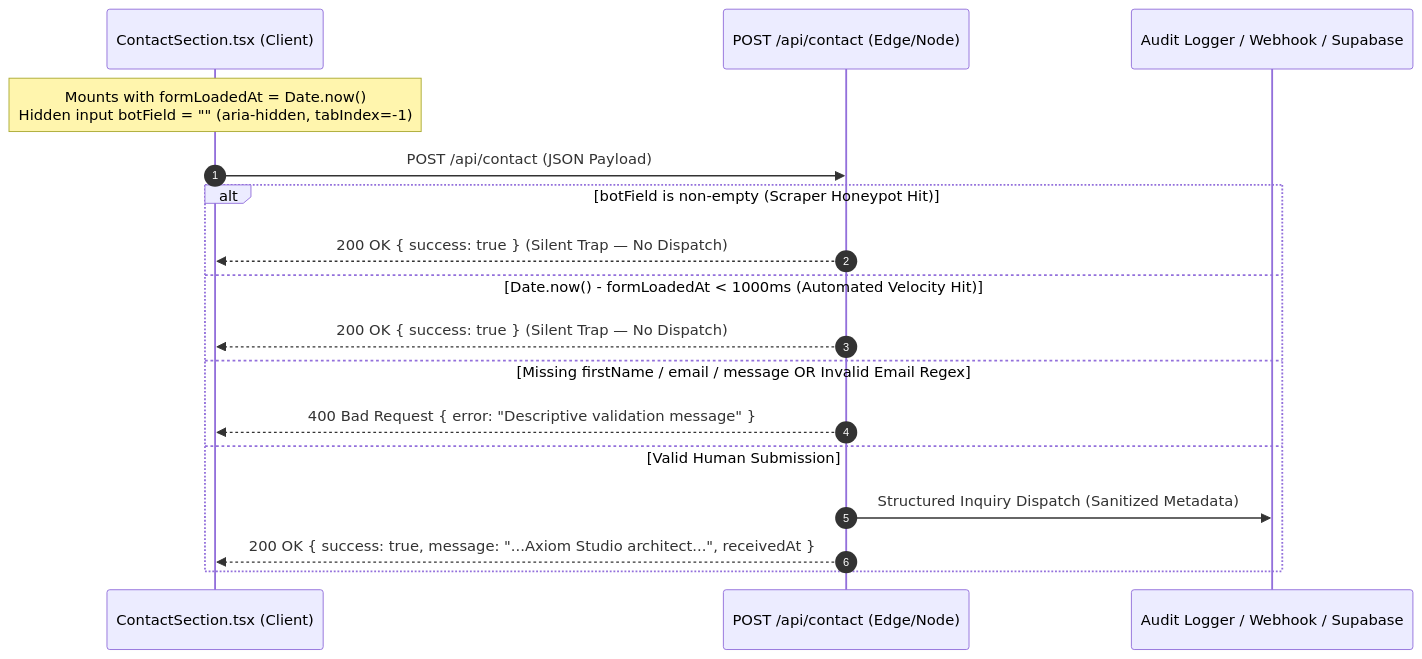
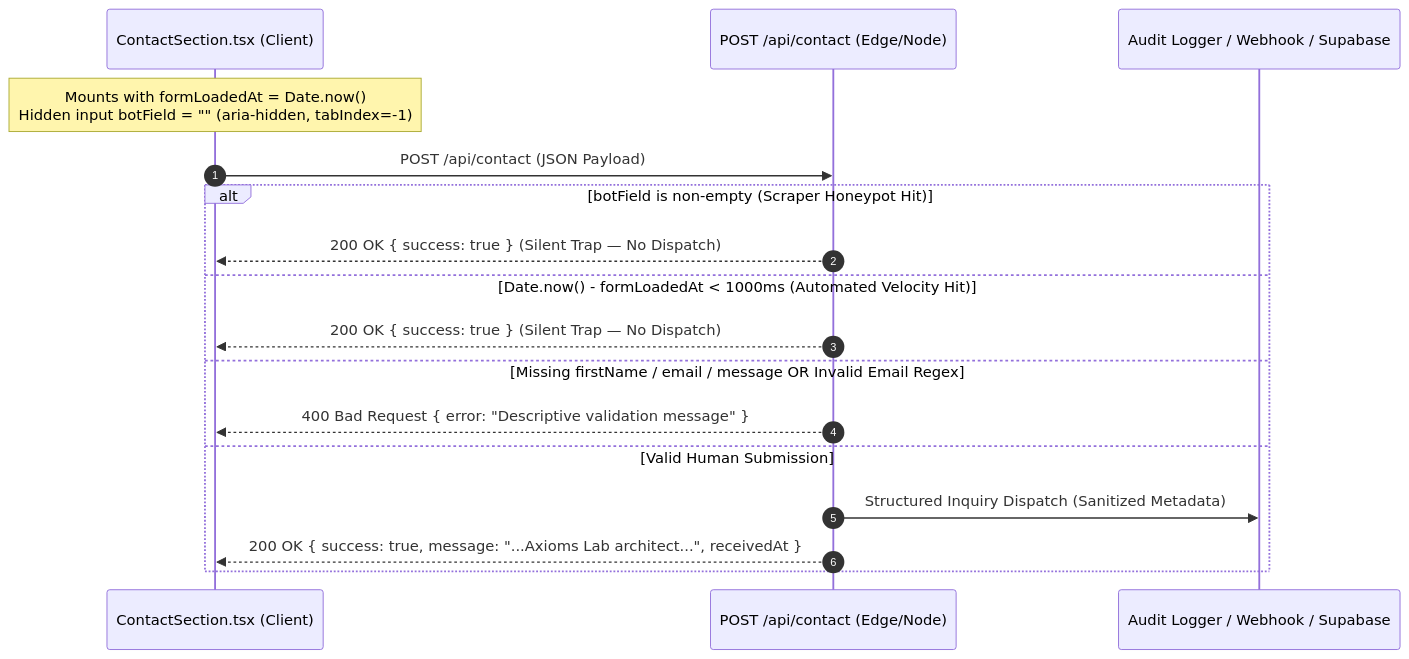
One commit to qasim-987/Axioms-Labs changed the second of 2 diagrams in docs/03-TECHNICAL-ARCHITECTURE.md. Above: the diagram before and after it, drawn with Mermaid. The commit also changed other lines of this file and 51 other files, not shown here.

First line of the commit message:
Rebrand entire platform from "Axiom Studio" to "Axioms Lab"

````diff
--- a/docs/03-TECHNICAL-ARCHITECTURE.md
+++ b/docs/03-TECHNICAL-ARCHITECTURE.md
@@ -213,20 +213,20 @@
 ```mermaid
 sequenceDiagram
     autonumber
     participant Browser as ContactSection.tsx (Client)
     participant API as POST /api/contact (Edge/Node)
     participant Sink as Audit Logger / Webhook / Supabase
 
     Note over Browser: Mounts with formLoadedAt = Date.now()<br/>Hidden input botField = "" (aria-hidden, tabIndex=-1)
     Browser->>API: POST /api/contact (JSON Payload)
     alt botField is non-empty (Scraper Honeypot Hit)
         API-->>Browser: 200 OK { success: true } (Silent Trap — No Dispatch)
     else Date.now() - formLoadedAt < 1000ms (Automated Velocity Hit)
         API-->>Browser: 200 OK { success: true } (Silent Trap — No Dispatch)
     else Missing firstName / email / message OR Invalid Email Regex
         API-->>Browser: 400 Bad Request { error: "Descriptive validation message" }
     else Valid Human Submission
         API->>Sink: Structured Inquiry Dispatch (Sanitized Metadata)
-        API-->>Browser: 200 OK { success: true, message: "...Axiom Studio architect...", receivedAt }
+        API-->>Browser: 200 OK { success: true, message: "...Axioms Lab architect...", receivedAt }
     end
 ```
````
